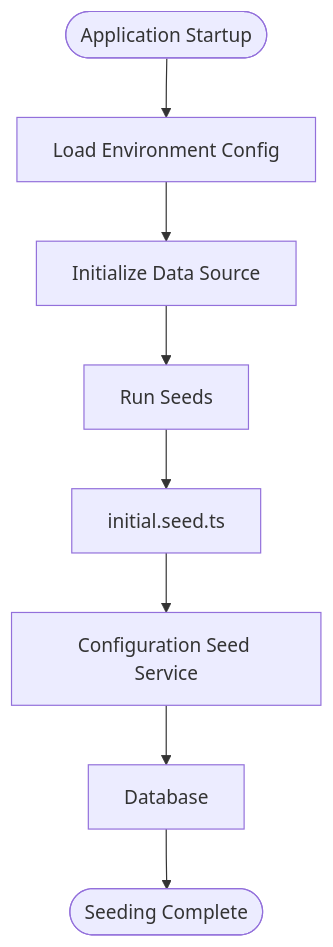
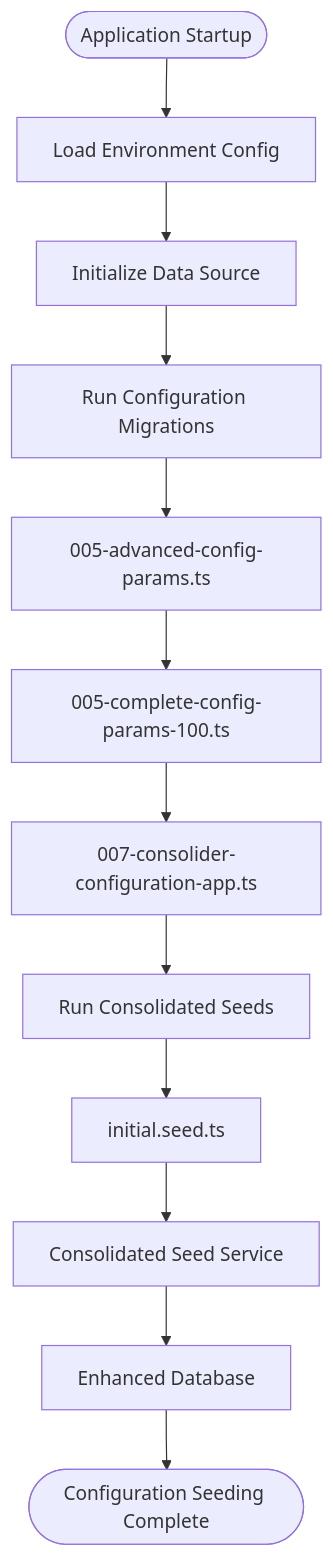
One commit to franckylab/eLISAschool changed the sixth of 9 diagrams in .qoder/repowiki/en/content/Modules & Features/Administrative Modules/Institutional Configuration.md. Above: the diagram before and after it, drawn with Mermaid. The commit also changed other lines of this file and 155 other files, not shown here.

````diff
--- a/.qoder/repowiki/en/content/Modules & Features/Administrative Modules/Institutional Configuration.md
+++ b/.qoder/repowiki/en/content/Modules & Features/Administrative Modules/Institutional Configuration.md
@@ -317,10 +355,14 @@
 ```mermaid
 flowchart TD
 Start(["Application Startup"]) --> LoadEnv["Load Environment Config"]
 LoadEnv --> InitDS["Initialize Data Source"]
-InitDS --> RunSeeds["Run Seeds"]
+InitDS --> RunMigrations["Run Configuration Migrations"]
+RunMigrations --> Mig1["005-advanced-config-params.ts"]
+Mig1 --> Mig2["005-complete-config-params-100.ts"]
+Mig2 --> Mig3["007-consolider-configuration-app.ts"]
+Mig3 --> RunSeeds["Run Consolidated Seeds"]
 RunSeeds --> SeedFile["initial.seed.ts"]
-SeedFile --> SeedSvc["Configuration Seed Service"]
-SeedSvc --> DB["Database"]
-DB --> Complete(["Seeding Complete"])
+SeedFile --> SeedSvc["Consolidated Seed Service"]
+SeedSvc --> DB["Enhanced Database"]
+DB --> Complete(["Configuration Seeding Complete"])
 ```
````
